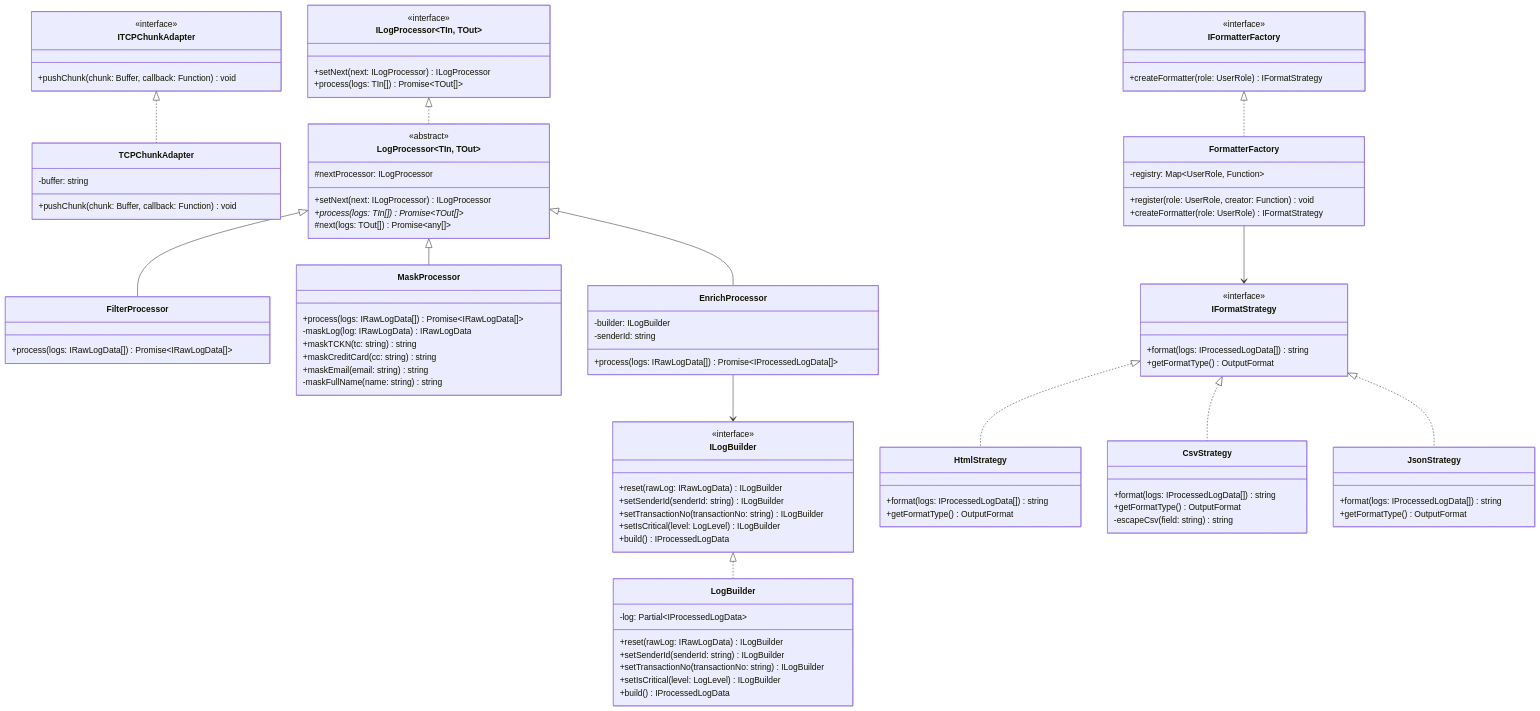
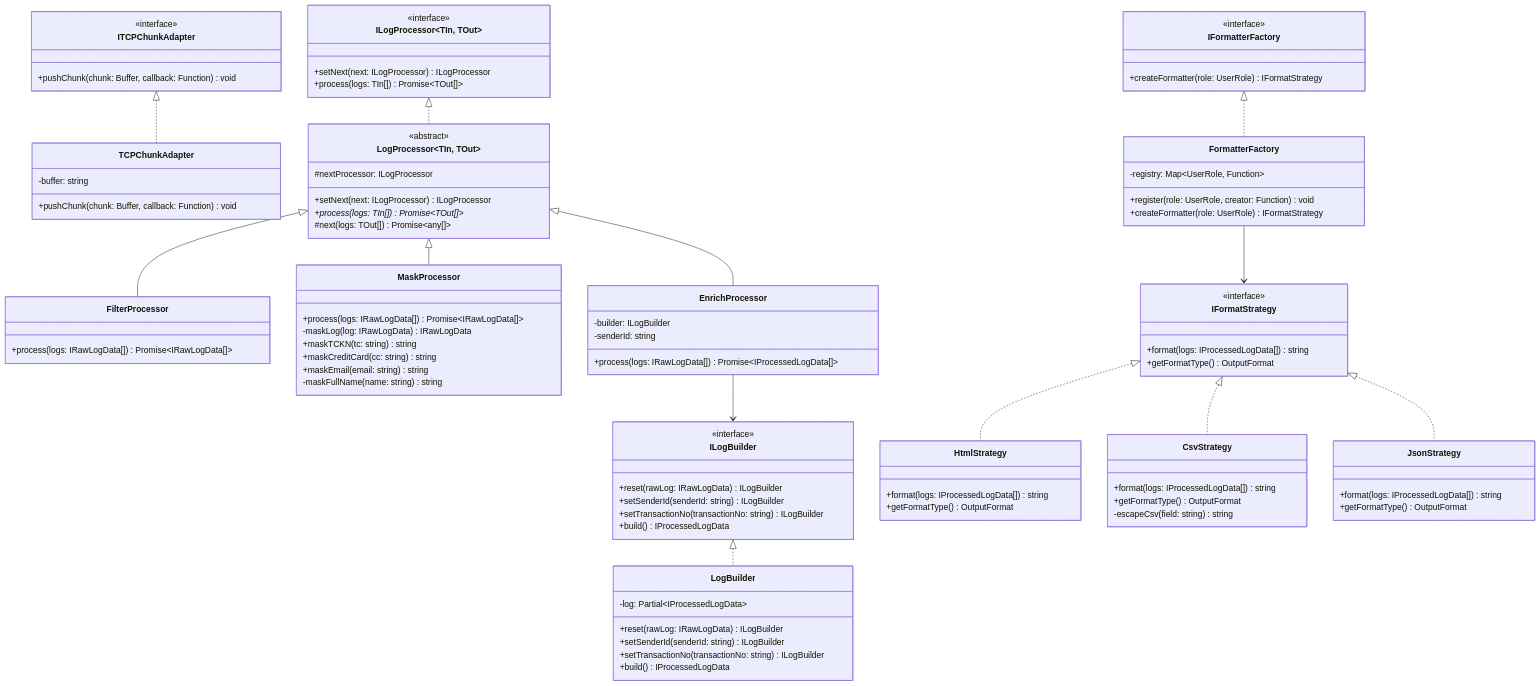
One commit to Rogedeen/Data-Middleware changed the third of 3 diagrams in docs/middleware_design.md. Above: the diagram before and after it, drawn with Mermaid. The commit also changed other lines of this file and 12 other files, not shown here.

Commit message:
feat: align all log output formats (HTML, CSV, JSON), clean timestamps, remove isCritical, and fix producer compilation and logging frequency

```diff
--- a/docs/middleware_design.md
+++ b/docs/middleware_design.md
@@ -715,7 +714,6 @@
         +reset(rawLog: IRawLogData) ILogBuilder
         +setSenderId(senderId: string) ILogBuilder
         +setTransactionNo(transactionNo: string) ILogBuilder
-        +setIsCritical(level: LogLevel) ILogBuilder
         +build() IProcessedLogData
     }
     class LogBuilder {
@@ -723,7 +721,6 @@
         +reset(rawLog: IRawLogData) ILogBuilder
         +setSenderId(senderId: string) ILogBuilder
         +setTransactionNo(transactionNo: string) ILogBuilder
-        +setIsCritical(level: LogLevel) ILogBuilder
         +build() IProcessedLogData
     }
     ILogBuilder <|.. LogBuilder
```
